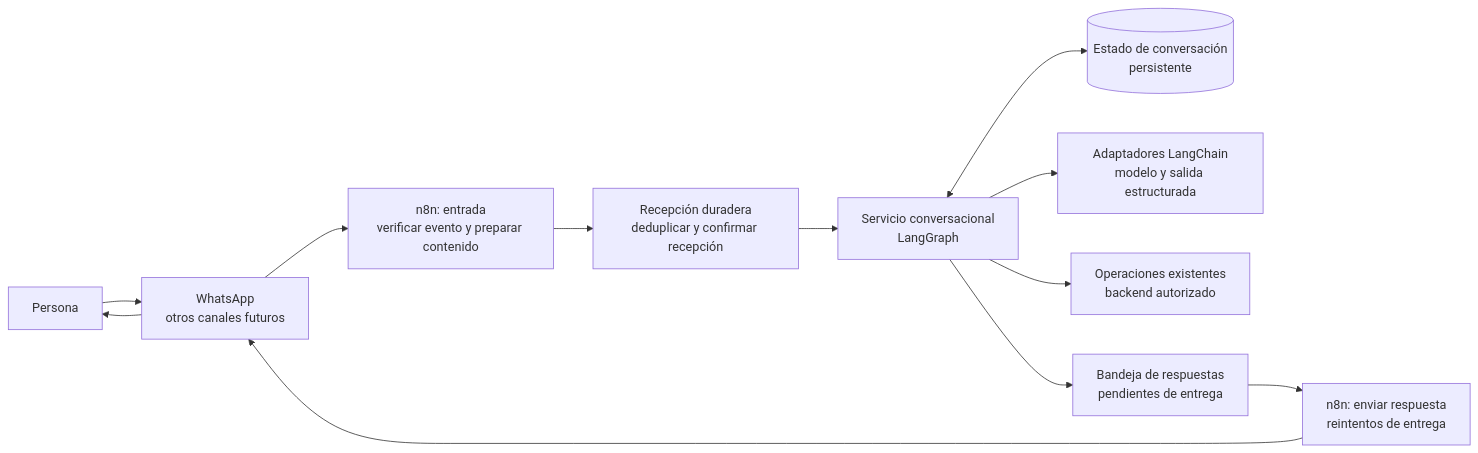
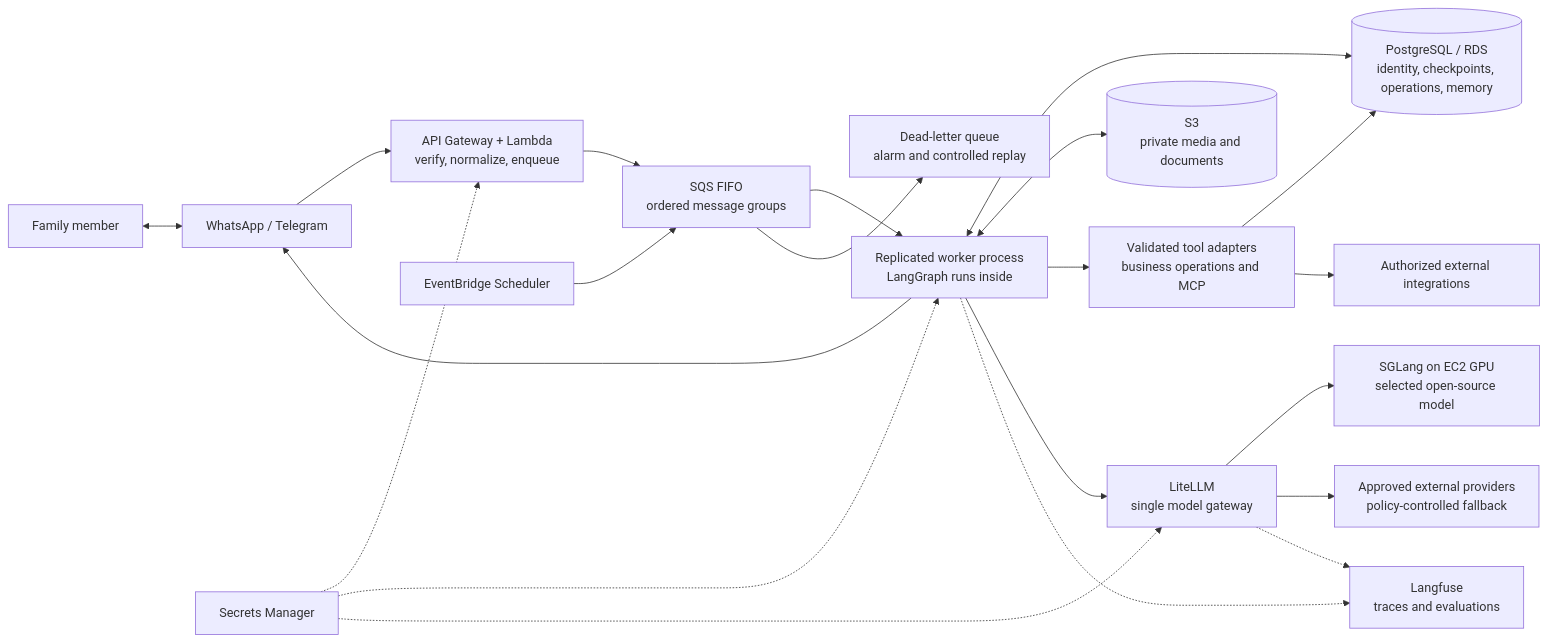
Before and after one commit to kplian/meta-hackathon: the first of 7 diagrams in docs/ai-attention-architecture.md, drawn with Mermaid. The commit also changed other lines of this file and 1 other file, not shown here.

Commit message:
docs: align AI attention design with AWS worker and LiteLLM architecture

````diff
--- a/docs/ai-attention-architecture.md
+++ b/docs/ai-attention-architecture.md
@@ -22,14 +21,23 @@
 ```mermaid
 flowchart LR
-    U["Persona"] --> C["WhatsApp<br/>otros canales futuros"]
-    C --> NIN["n8n: entrada<br/>verificar evento y preparar contenido"]
-    NIN --> INBOX["Recepción duradera<br/>deduplicar y confirmar recepción"]
-    INBOX --> G["Servicio conversacional<br/>LangGraph"]
-    G <--> STATE[("Estado de conversación<br/>persistente")]
-    G --> LC["Adaptadores LangChain<br/>modelo y salida estructurada"]
-    G --> B["Operaciones existentes<br/>backend autorizado"]
-    G --> OUT["Bandeja de respuestas<br/>pendientes de entrega"]
-    OUT --> NOUT["n8n: enviar respuesta<br/>reintentos de entrega"]
-    NOUT --> C
-    C --> U
+    PERSON["Family member"] <--> CHANNEL["WhatsApp / Telegram"]
+    CHANNEL --> EDGE["API Gateway + Lambda<br/>verify, normalize, enqueue"]
+    EDGE --> QUEUE["SQS FIFO<br/>ordered message groups"]
+    QUEUE --> WORKER["Replicated worker process<br/>LangGraph runs inside"]
+    QUEUE --> DLQ["Dead-letter queue<br/>alarm and controlled replay"]
+    WORKER --> CHANNEL
+    WORKER <--> PG[("PostgreSQL / RDS<br/>identity, checkpoints, operations, memory")]
+    WORKER <--> S3[("S3<br/>private media and documents")]
+    WORKER --> TOOLS["Validated tool adapters<br/>business operations and MCP"]
+    TOOLS --> PG
+    TOOLS --> EXTERNAL["Authorized external integrations"]
+    WORKER --> GATEWAY["LiteLLM<br/>single model gateway"]
+    GATEWAY --> GPU["SGLang on EC2 GPU<br/>selected open-source model"]
+    GATEWAY --> CLOUD["Approved external providers<br/>policy-controlled fallback"]
+    SCHED["EventBridge Scheduler"] --> QUEUE
+    SECRETS["Secrets Manager"] -.-> EDGE
+    SECRETS -.-> WORKER
+    SECRETS -.-> GATEWAY
+    WORKER -.-> TRACE["Langfuse<br/>traces and evaluations"]
+    GATEWAY -.-> TRACE
 ```
````
